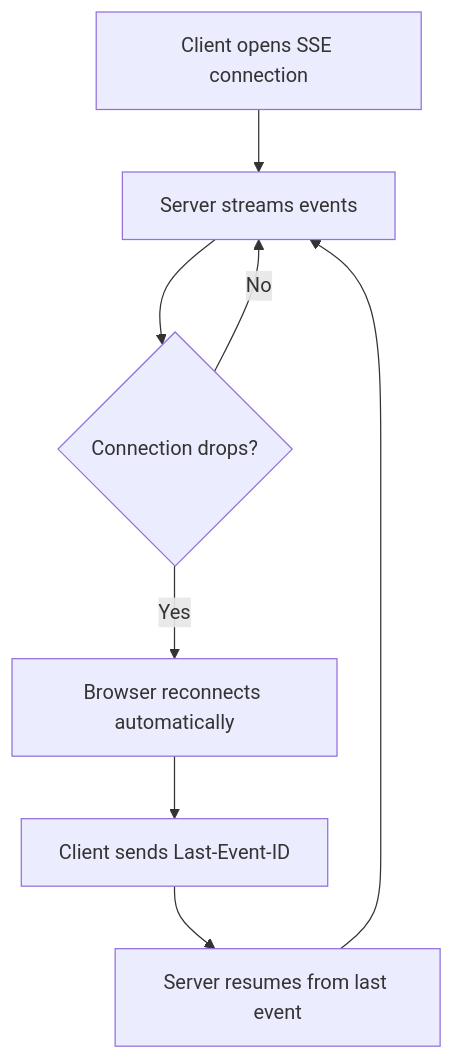
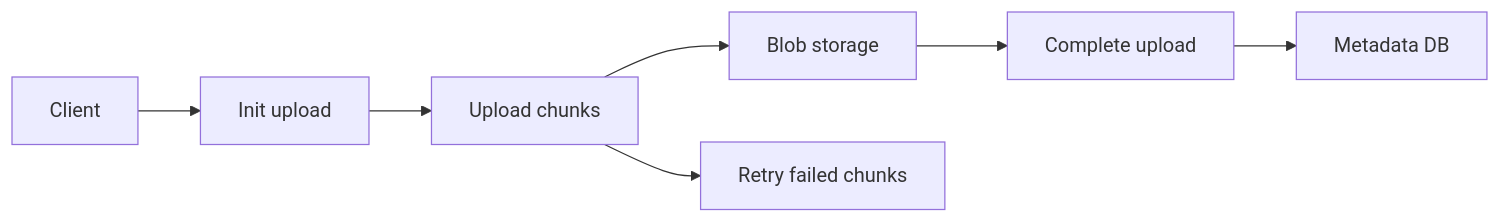
One commit to mthaiseer/springcloud-systemdesign-notes changed the seventh of 16 diagrams in HLD_NOTES/002_TYPES_OF_INTERVIEWS/001_Real_time_updates.md. Above: the diagram before and after it, drawn with Mermaid. The commit also changed other lines of this file and 1 other file, not shown here.

````diff
--- a/HLD_NOTES/002_TYPES_OF_INTERVIEWS/001_Real_time_updates.md
+++ b/HLD_NOTES/002_TYPES_OF_INTERVIEWS/001_Real_time_updates.md
@@ -293,10 +521,9 @@
 ```mermaid
-flowchart TD
-    A[Client opens SSE connection] --> B[Server streams events]
-    B --> C{Connection drops?}
-    C -->|No| B
-    C -->|Yes| D[Browser reconnects automatically]
-    D --> E[Client sends Last-Event-ID]
-    E --> F[Server resumes from last event]
-    F --> B
+flowchart LR
+  A["Client"] --> B["Init upload"]
+  B --> C["Upload chunks"]
+  C --> D["Blob storage"]
+  C --> E["Retry failed chunks"]
+  D --> F["Complete upload"]
+  F --> G["Metadata DB"]
 ```
````
